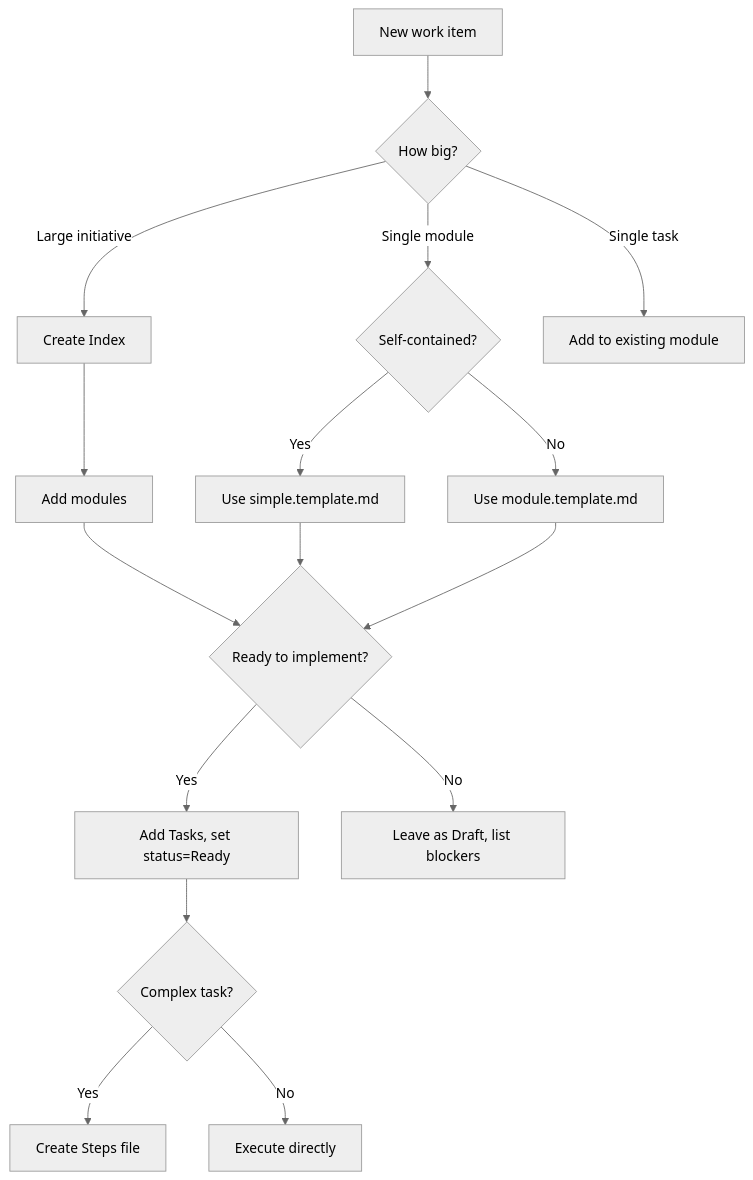
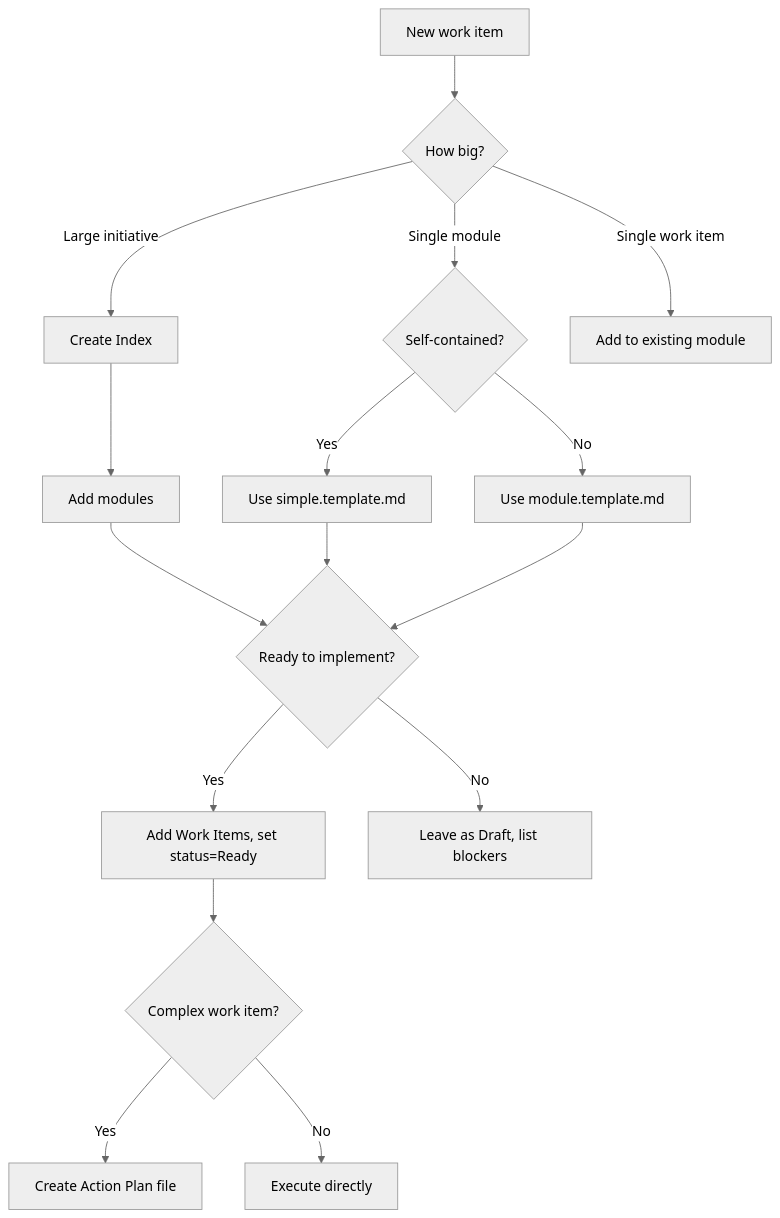
One commit to EddaCraft/anvil-plan-spec changed the diagram in docs/getting-started.md. Above: the diagram before and after it, drawn with Mermaid (neutral theme). The commit also changed other lines of this file and 34 other files, not shown here.

First line of the commit message:
refactor: rename Tasks to Work Items and Steps to Action Plans

````diff
--- a/docs/getting-started.md
+++ b/docs/getting-started.md
@@ -20,22 +20,22 @@
 ```mermaid
 graph TD
     A[New work item] --> B{How big?}
     B -->|Large initiative| C[Create Index]
     B -->|Single module| D{Self-contained?}
-    B -->|Single task| E[Add to existing module]
+    B -->|Single work item| E[Add to existing module]
     
     C --> F[Add modules]
     D -->|Yes| G[Use simple.template.md]
     D -->|No| H[Use module.template.md]
     
     F --> I{Ready to implement?}
     G --> I
     H --> I
     
-    I -->|Yes| J[Add Tasks, set status=Ready]
+    I -->|Yes| J[Add Work Items, set status=Ready]
     I -->|No| K[Leave as Draft, list blockers]
     
-    J --> L{Complex task?}
-    L -->|Yes| M[Create Steps file]
+    J --> L{Complex work item?}
+    L -->|Yes| M[Create Action Plan file]
     L -->|No| N[Execute directly]
 ```
````
